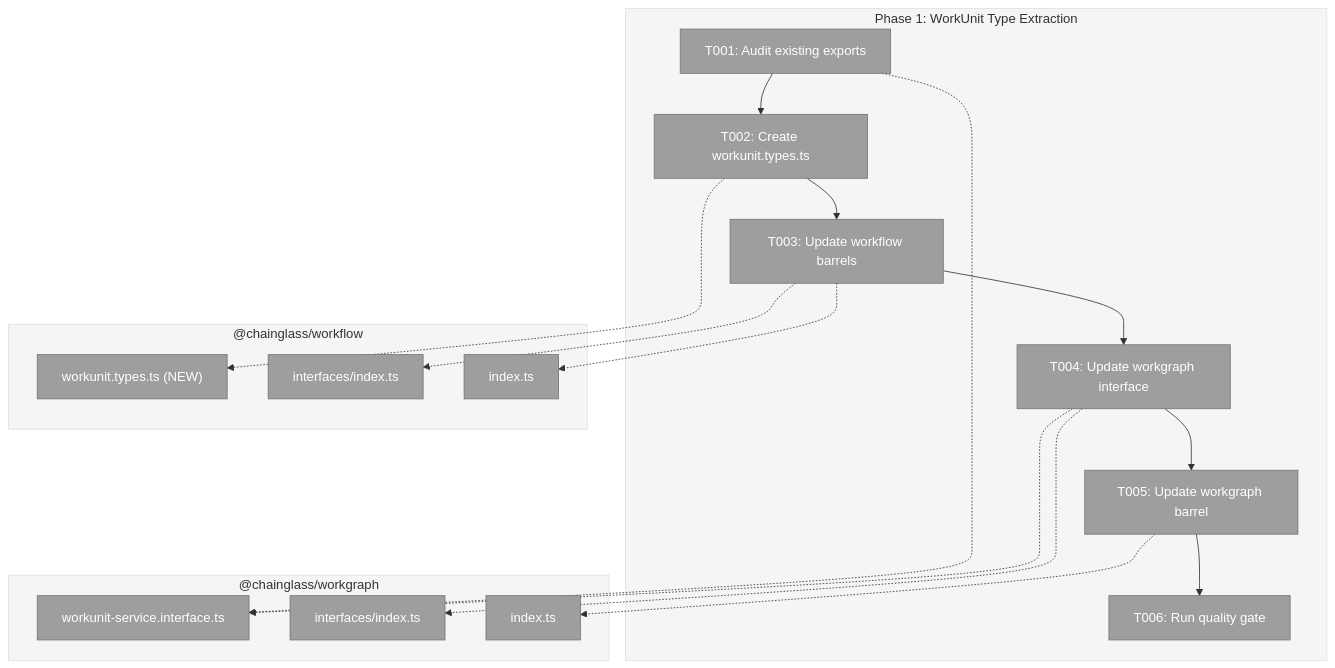
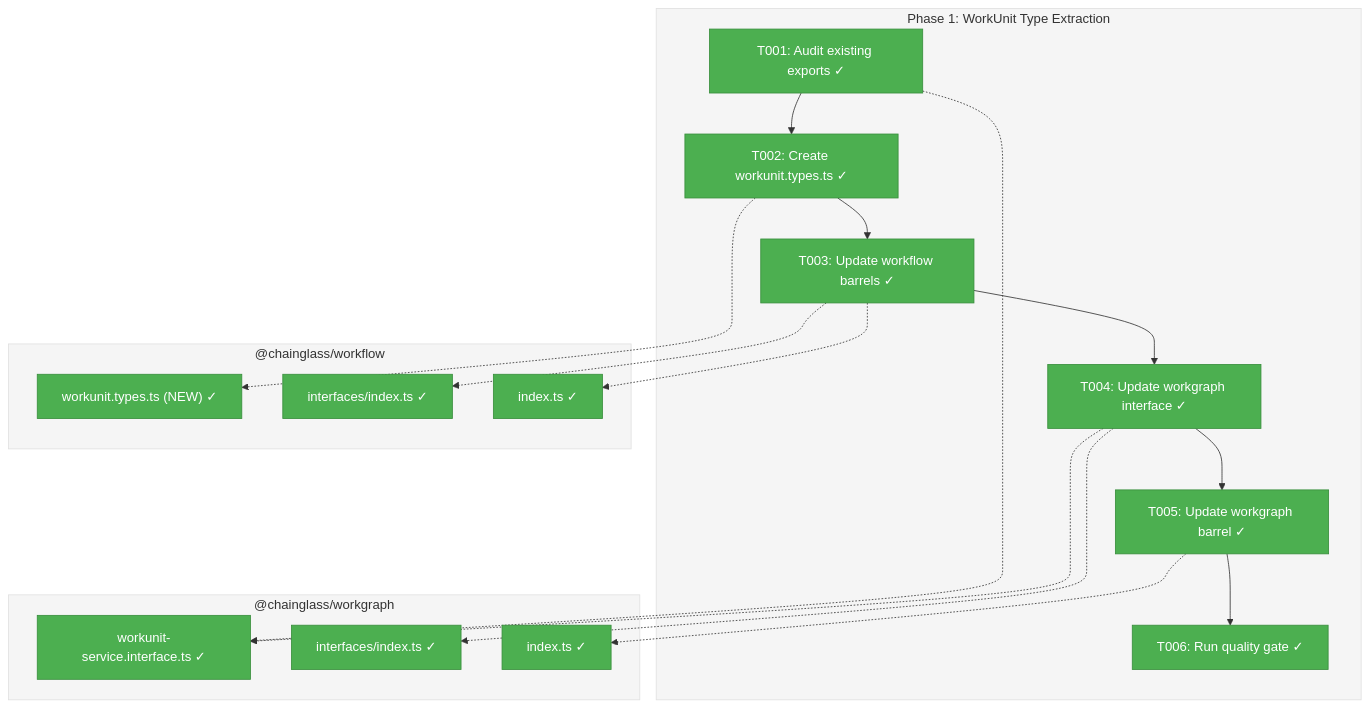
One commit to AI-Substrate/chainglass changed the first of 3 diagrams in docs/plans/026-positional-graph/tasks/phase-1-workunit-type-extraction/tasks.md. Above: the diagram before and after it, drawn with Mermaid. The commit also changed other lines of this file and 10 other files, not shown here.

````diff
--- a/docs/plans/026-positional-graph/tasks/phase-1-workunit-type-extraction/tasks.md
+++ b/docs/plans/026-positional-graph/tasks/phase-1-workunit-type-extraction/tasks.md
@@ -172,46 +172,46 @@
 ```mermaid
 flowchart TD
     classDef pending fill:#9E9E9E,stroke:#757575,color:#fff
     classDef inprogress fill:#FF9800,stroke:#F57C00,color:#fff
     classDef completed fill:#4CAF50,stroke:#388E3C,color:#fff
     classDef blocked fill:#F44336,stroke:#D32F2F,color:#fff
 
     style Phase fill:#F5F5F5,stroke:#E0E0E0
     style WorkflowPkg fill:#F5F5F5,stroke:#E0E0E0
     style WorkgraphPkg fill:#F5F5F5,stroke:#E0E0E0
 
     subgraph Phase["Phase 1: WorkUnit Type Extraction"]
-        T001["T001: Audit existing exports"]:::pending
-        T002["T002: Create workunit.types.ts"]:::pending
-        T003["T003: Update workflow barrels"]:::pending
-        T004["T004: Update workgraph interface"]:::pending
-        T005["T005: Update workgraph barrel"]:::pending
-        T006["T006: Run quality gate"]:::pending
+        T001["T001: Audit existing exports ✓"]:::completed
+        T002["T002: Create workunit.types.ts ✓"]:::completed
+        T003["T003: Update workflow barrels ✓"]:::completed
+        T004["T004: Update workgraph interface ✓"]:::completed
+        T005["T005: Update workgraph barrel ✓"]:::completed
+        T006["T006: Run quality gate ✓"]:::completed
 
         T001 --> T002
         T002 --> T003
         T003 --> T004
         T004 --> T005
         T005 --> T006
     end
 
     subgraph WorkflowPkg["@chainglass/workflow"]
-        F1["workunit.types.ts (NEW)"]:::pending
-        F2["interfaces/index.ts"]:::pending
-        F3["index.ts"]:::pending
+        F1["workunit.types.ts (NEW) ✓"]:::completed
+        F2["interfaces/index.ts ✓"]:::completed
+        F3["index.ts ✓"]:::completed
     end
 
     subgraph WorkgraphPkg["@chainglass/workgraph"]
-        F4["workunit-service.interface.ts"]:::pending
-        F5["interfaces/index.ts"]:::pending
-        F6["index.ts"]:::pending
+        F4["workunit-service.interface.ts ✓"]:::completed
+        F5["interfaces/index.ts ✓"]:::completed
+        F6["index.ts ✓"]:::completed
     end
 
     T001 -.-> F4
     T002 -.-> F1
     T003 -.-> F2
     T003 -.-> F3
     T004 -.-> F4
     T004 -.-> F5
     T005 -.-> F6
 ```
````
